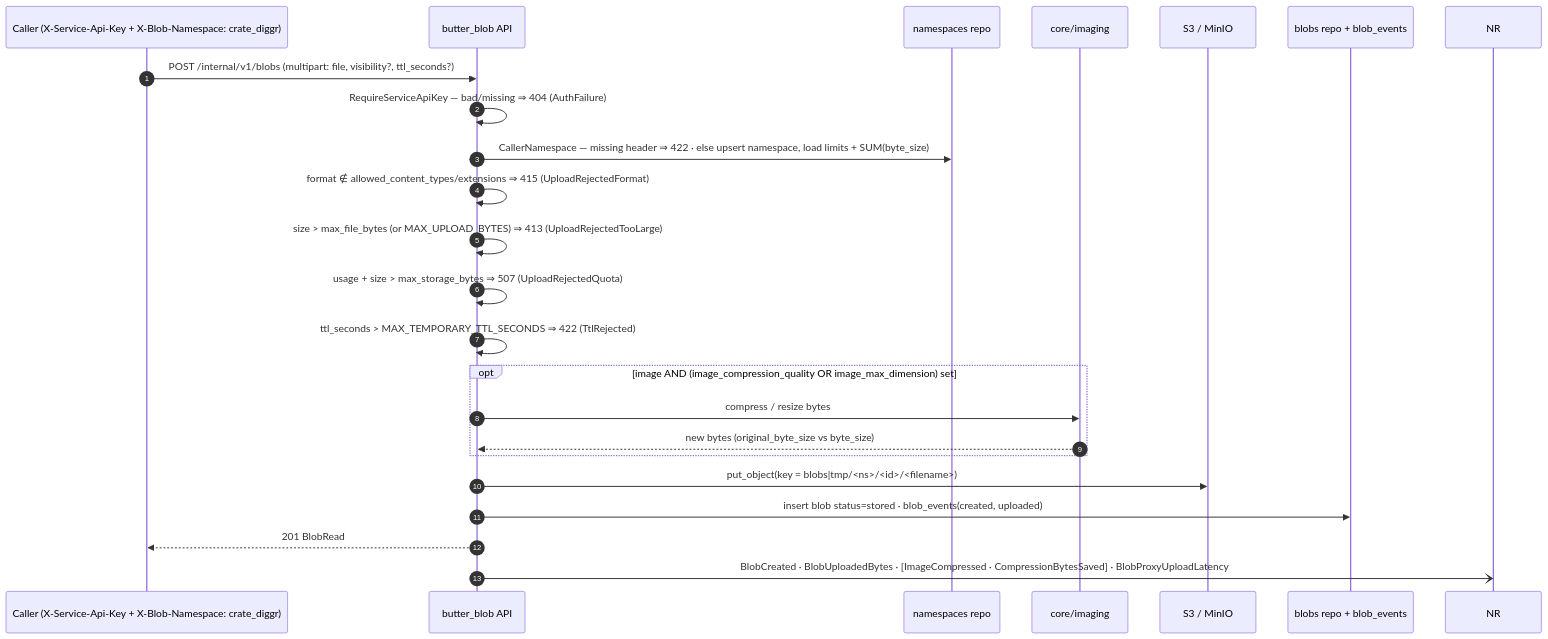
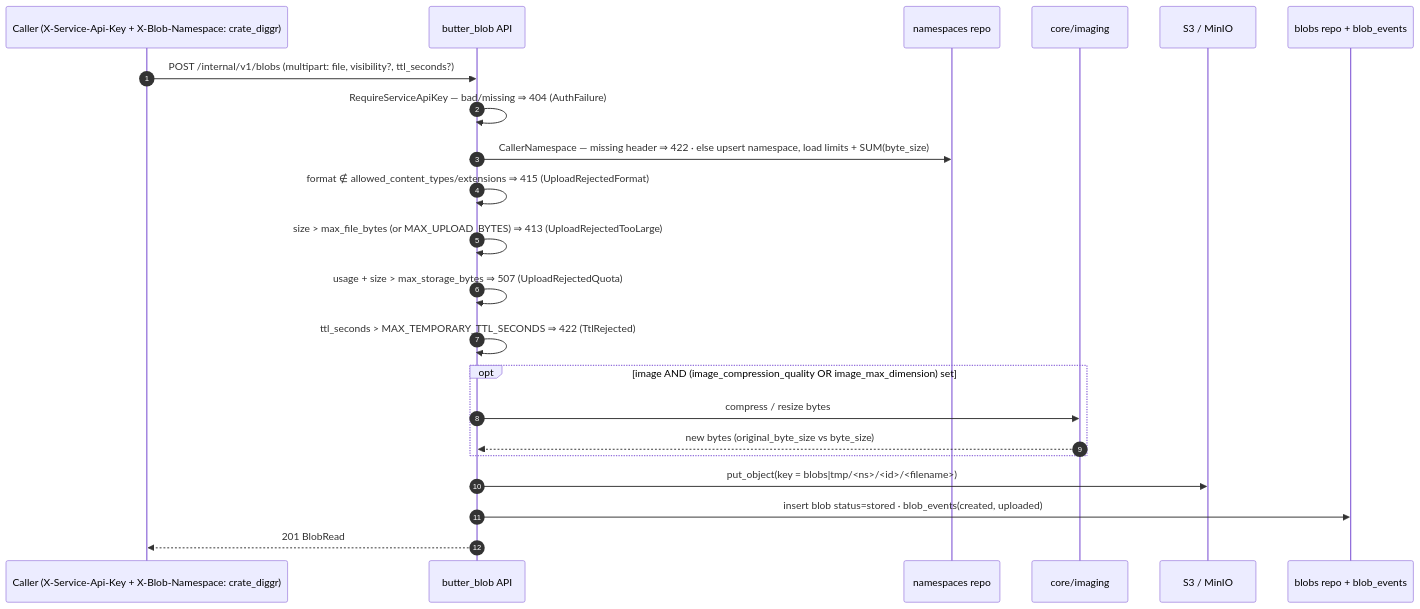
One commit to acidevbutter/butter_blob changed the second of 6 diagrams in docs/spec.md. Above: the diagram before and after it, drawn with Mermaid. The commit also changed other lines of this file and 28 other files, not shown here.

````diff
--- a/docs/spec.md
+++ b/docs/spec.md
@@ -82,26 +80,25 @@
 ```mermaid
 sequenceDiagram
     autonumber
     participant C as Caller (X-Service-Api-Key + X-Blob-Namespace: crate_diggr)
     participant A as butter_blob API
     participant N as namespaces repo
     participant I as core/imaging
     participant S as S3 / MinIO
     participant D as blobs repo + blob_events
 
     C->>A: POST /internal/v1/blobs (multipart: file, visibility?, ttl_seconds?)
     A->>A: RequireServiceApiKey — bad/missing ⇒ 404 (AuthFailure)
     A->>N: CallerNamespace — missing header ⇒ 422 · else upsert namespace, load limits + SUM(byte_size)
     A->>A: format ∉ allowed_content_types/extensions ⇒ 415 (UploadRejectedFormat)
     A->>A: size > max_file_bytes (or MAX_UPLOAD_BYTES) ⇒ 413 (UploadRejectedTooLarge)
     A->>A: usage + size > max_storage_bytes ⇒ 507 (UploadRejectedQuota)
     A->>A: ttl_seconds > MAX_TEMPORARY_TTL_SECONDS ⇒ 422 (TtlRejected)
     opt image AND (image_compression_quality OR image_max_dimension) set
         A->>I: compress / resize bytes
         I-->>A: new bytes (original_byte_size vs byte_size)
     end
     A->>S: put_object(key = blobs|tmp/<ns>/<id>/<filename>)
     A->>D: insert blob status=stored · blob_events(created, uploaded)
     A-->>C: 201 BlobRead
-    A-)NR: BlobCreated · BlobUploadedBytes · [ImageCompressed · CompressionBytesSaved] · BlobProxyUploadLatency
 ```
````
